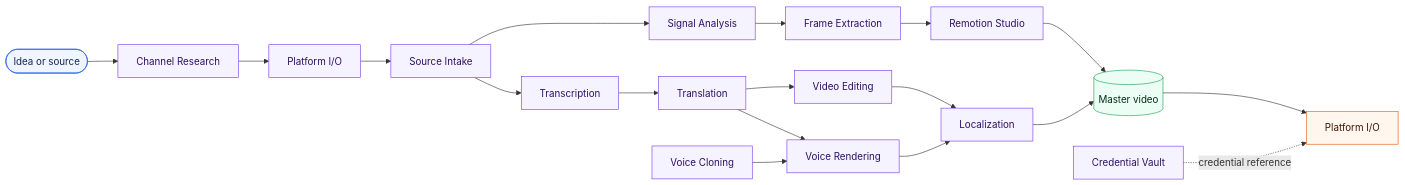
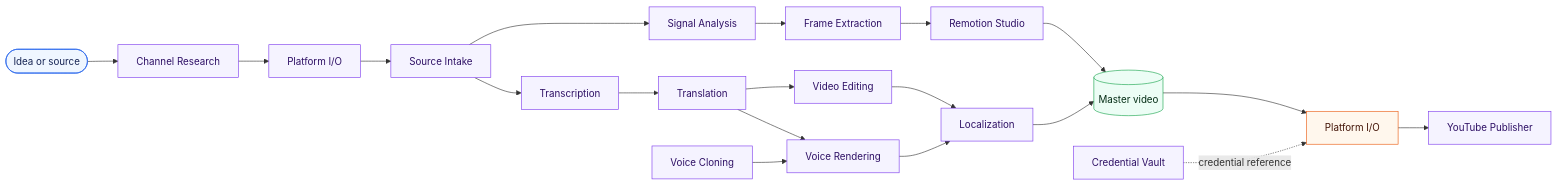
Before and after one commit to wohuishuo/cc-video-pipeline: the first of 2 diagrams in README.md, drawn with Mermaid. The commit also changed other lines of this file and 39 other files, not shown here.

Commit message:
feat: add private YouTube publisher MVP

````diff
--- a/README.md
+++ b/README.md
@@ -21,29 +21,30 @@
 ```mermaid
 flowchart LR
     idea([Idea or source]) --> research[Channel Research]
     research --> download[Platform I/O]
     download --> intake[Source Intake]
     intake --> transcribe[Transcription]
     transcribe --> translate[Translation]
     translate --> renderVoice[Voice Rendering]
     intake --> signals[Signal Analysis]
     signals --> frames[Frame Extraction]
     translate --> edit[Video Editing]
     frames --> studio[Remotion Studio]
     edit --> localize[Localization]
     voice[Voice Cloning] --> renderVoice
     renderVoice --> localize
     studio --> master[(Master video)]
     localize --> master
     master --> publish[Platform I/O]
     vault[Credential Vault] -. credential reference .-> publish
+    publish --> youtubePublisher[YouTube Publisher]
 
     classDef source fill:#eff6ff,stroke:#2563eb,color:#172554;
     classDef app fill:#f5f3ff,stroke:#7c3aed,color:#2e1065;
     classDef artifact fill:#ecfdf5,stroke:#16a34a,color:#052e16;
     classDef external fill:#fff7ed,stroke:#ea580c,color:#431407;
     class idea source;
-    class research,download,intake,transcribe,translate,renderVoice,signals,frames,edit,studio,localize,voice,vault app;
+    class research,download,intake,transcribe,translate,renderVoice,signals,frames,edit,studio,localize,voice,vault,youtubePublisher app;
     class master artifact;
     class publish external;
 ```
````
